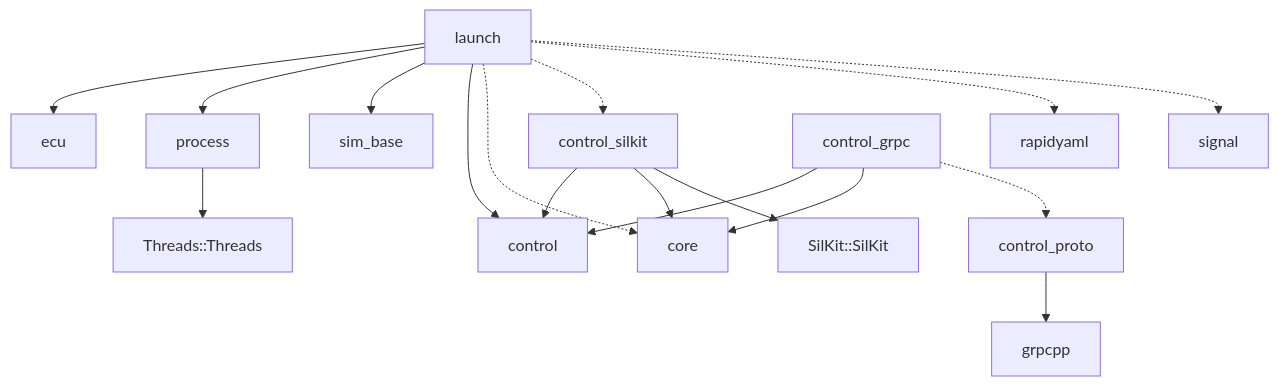
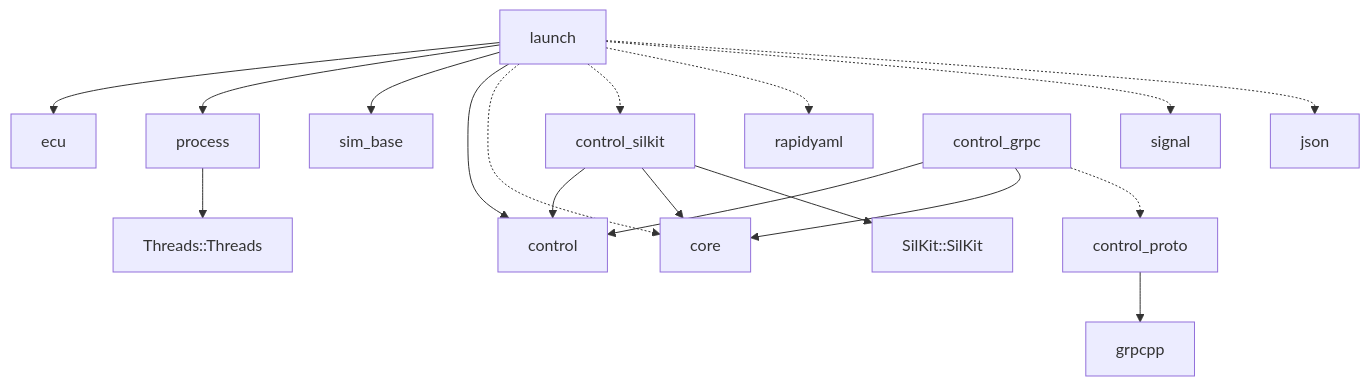
The sixth of 8 diagrams in docs/code-map.md (rahanahu/vehicle-sil), drawn with Mermaid before and after one commit. The commit also changed other lines of this file and 18 other files, not shown here.

````diff
--- a/docs/code-map.md
+++ b/docs/code-map.md
@@ -1330,19 +1343,20 @@
 ```mermaid
 flowchart TD
     launch --> ecu
     launch --> process
     launch --> sim_base
     launch --> control
     launch -.-> core
     launch -.-> control_silkit
     launch -.-> rapidyaml
     launch -.-> signal
+    launch -.-> json
     process --> Threads["Threads::Threads"]
     control_silkit --> control
     control_silkit --> core
     control_silkit --> SilKit["SilKit::SilKit"]
     control_grpc --> control
     control_grpc --> core
     control_grpc -.-> control_proto
     control_proto --> grpcpp
 ```
````
